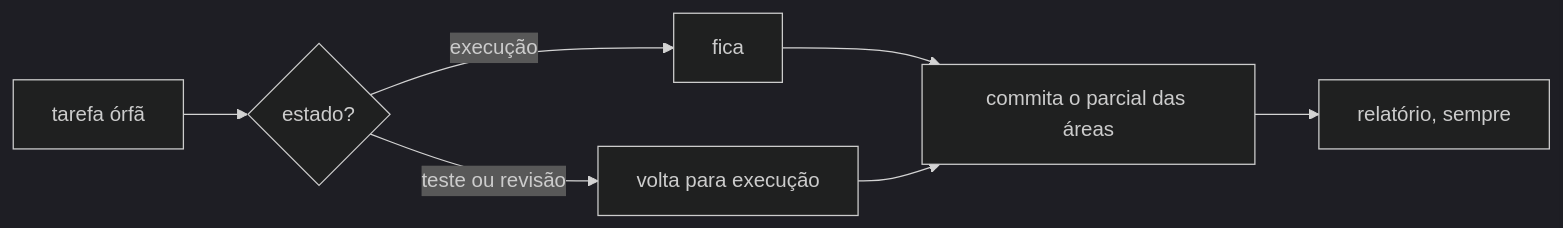
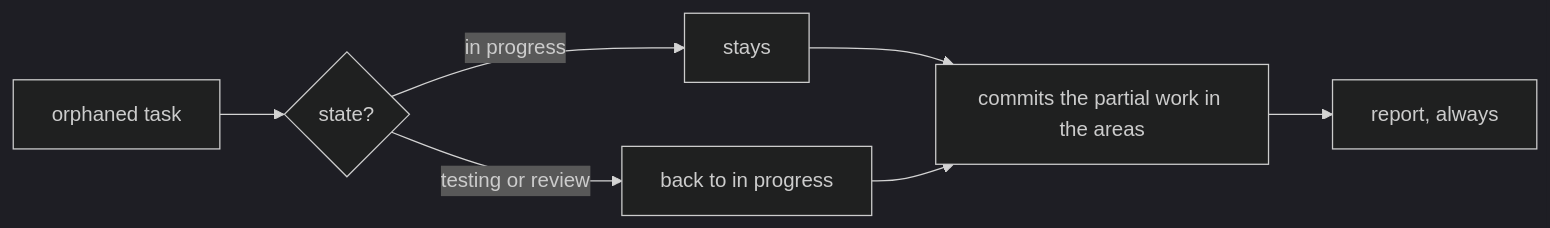
The diagram in docs/tasks/en/E5-parallelism-and-fault-tolerance/FAB-505-recover-interrupted-work.md (enzoconsulo/factory-tcc), drawn with Mermaid (dark theme) before and after one commit. The commit also changed 52 other files, not shown here.

````diff
--- a/docs/tasks/en/E5-parallelism-and-fault-tolerance/FAB-505-recover-interrupted-work.md
+++ b/docs/tasks/en/E5-parallelism-and-fault-tolerance/FAB-505-recover-interrupted-work.md
@@ -11,9 +11,9 @@
 ```mermaid
 flowchart LR
-  O["tarefa órfã"] --> S{"estado?"}
-  S -- "execução" --> F["fica"]
-  S -- "teste ou revisão" --> V["volta para execução"]
-  F --> C["commita o parcial das áreas"]
+  O["orphaned task"] --> S{"state?"}
+  S -- "in progress" --> F["stays"]
+  S -- "testing or review" --> V["back to in progress"]
+  F --> C["commits the partial work in the areas"]
   V --> C
-  C --> R["relatório, sempre"]
+  C --> R["report, always"]
 ```
````
